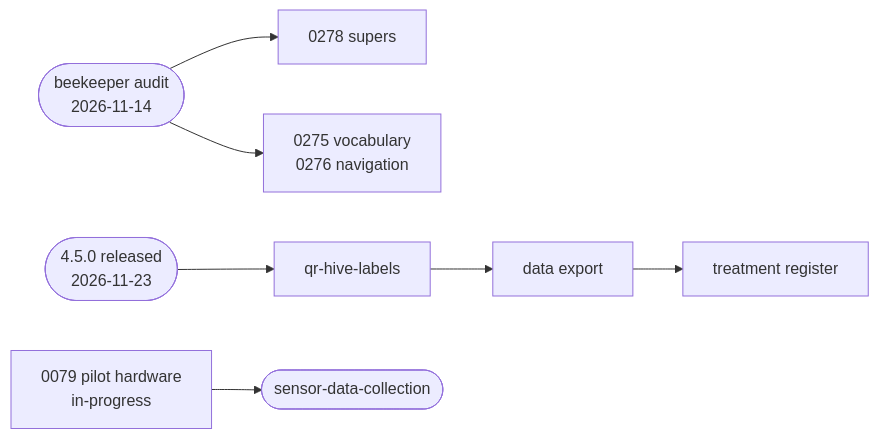
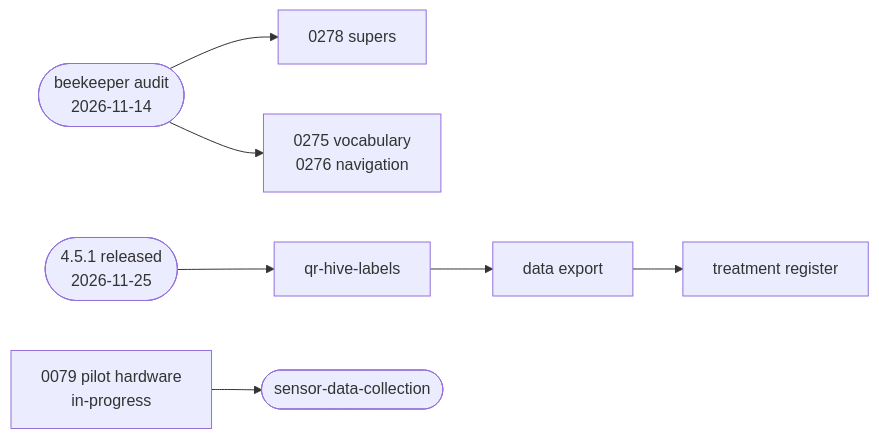
One commit to deburca/hivelog changed the diagram in docs/project-management/roadmap.md. Above: the diagram before and after it, drawn with Mermaid. The commit also changed other lines of this file and 1 other file, not shown here.

Commit message:
docs: 4.5.1 released (vault) (#248)

````diff
--- a/docs/project-management/roadmap.md
+++ b/docs/project-management/roadmap.md
@@ -161,8 +164,8 @@
 ```mermaid
 flowchart LR
-  Rel(["4.5.0 released<br/>2026-11-23"])
+  Rel(["4.5.1 released<br/>2026-11-25"])
   Audit(["beekeeper audit<br/>2026-11-14"]) --> A278["0278 supers"]
   Audit --> A275["0275 vocabulary<br/>0276 navigation"]
   Rel --> Q["qr-hive-labels"] --> E["data export"] --> T["treatment register"]
   T79["0079 pilot hardware<br/>in-progress"] --> Sensors(["sensor-data-collection"])
 ```
````
